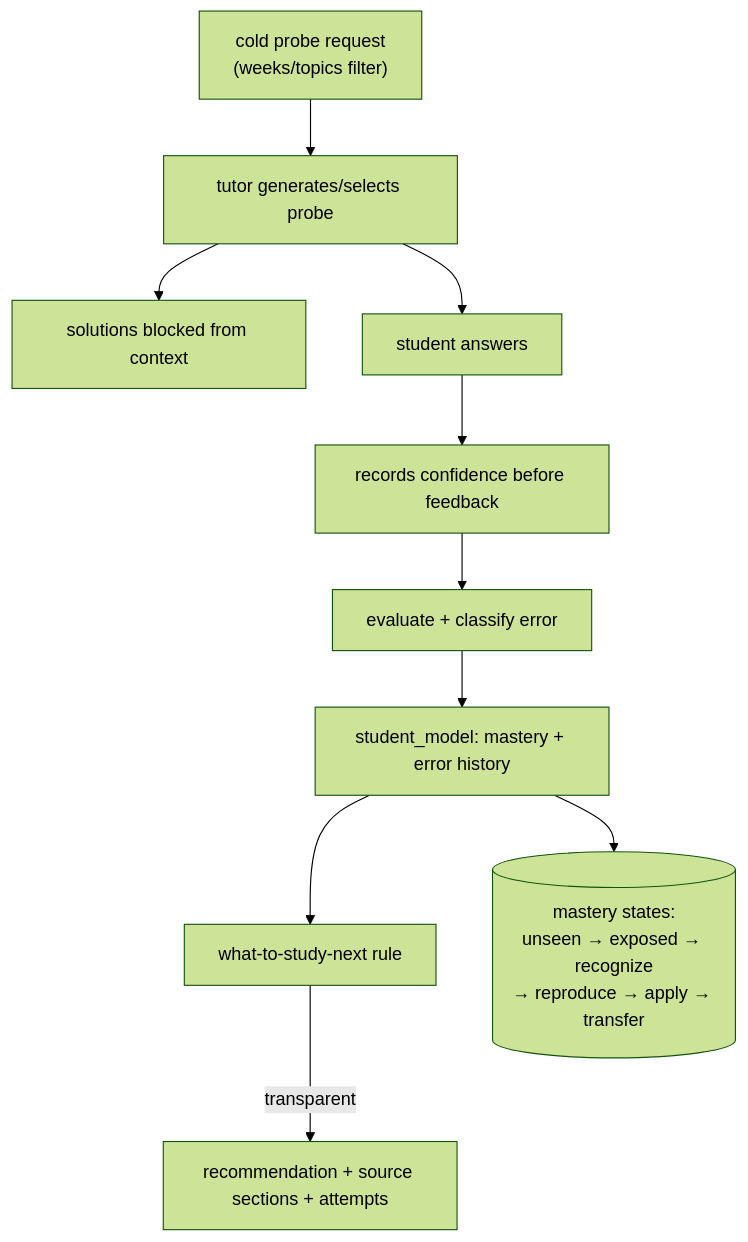
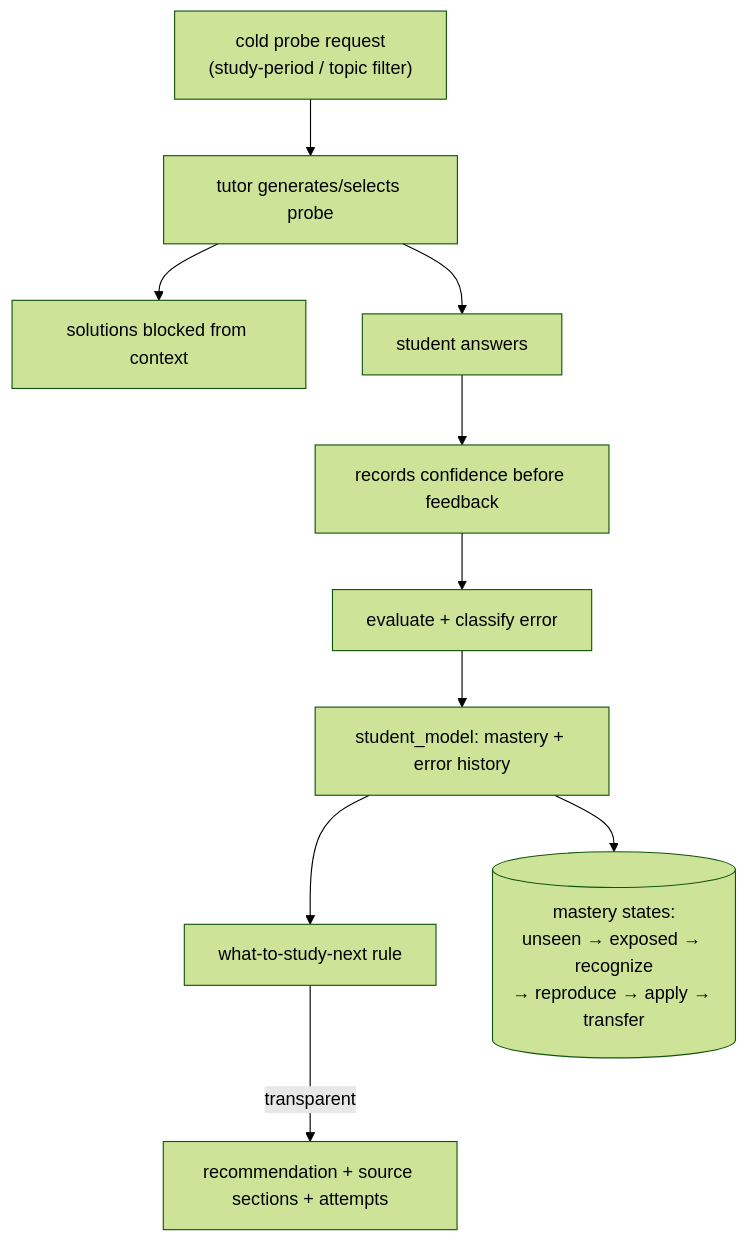
Before and after one commit to RileyK05/Stacks: diagram 17 of 18 in system.md, drawn with Mermaid (forest theme). The commit also changed other lines of this file and 13 other files, not shown here.

Commit message:
schema additions

````diff
--- a/system.md
+++ b/system.md
@@ -474,13 +658,13 @@
 ```mermaid
 flowchart TB
-    Q["cold probe request<br/>(weeks/topics filter)"] --> TUT["tutor generates/selects probe"]
+    Q["cold probe request<br/>(study-period / topic filter)"] --> TUT["tutor generates/selects probe"]
     TUT --> SOL["solutions blocked from context"]
     TUT --> S["student answers"]
     S --> CF["records confidence before feedback"]
     CF --> EVAL["evaluate + classify error"]
     EVAL --> SM["student_model: mastery + error history"]
     SM --> REC["what-to-study-next rule"]
     REC -->|transparent| UI["recommendation + source sections + attempts"]
 
     SM --> M[("mastery states:<br/>unseen → exposed → recognize<br/>→ reproduce → apply → transfer")]
 ```
````
